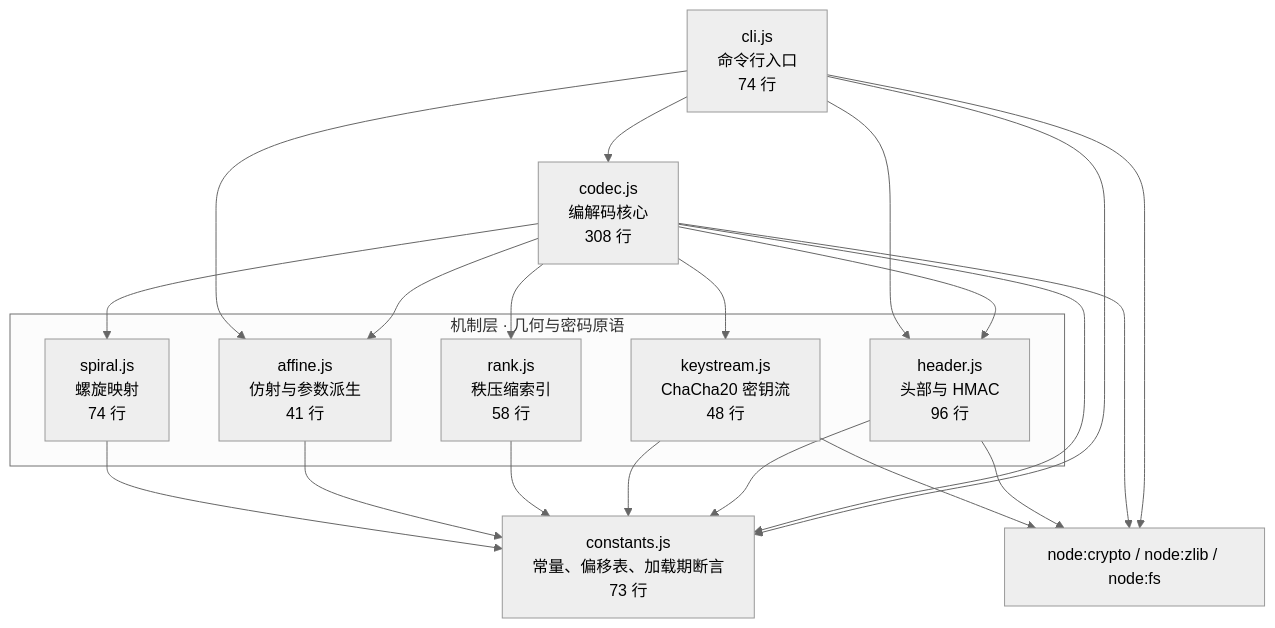
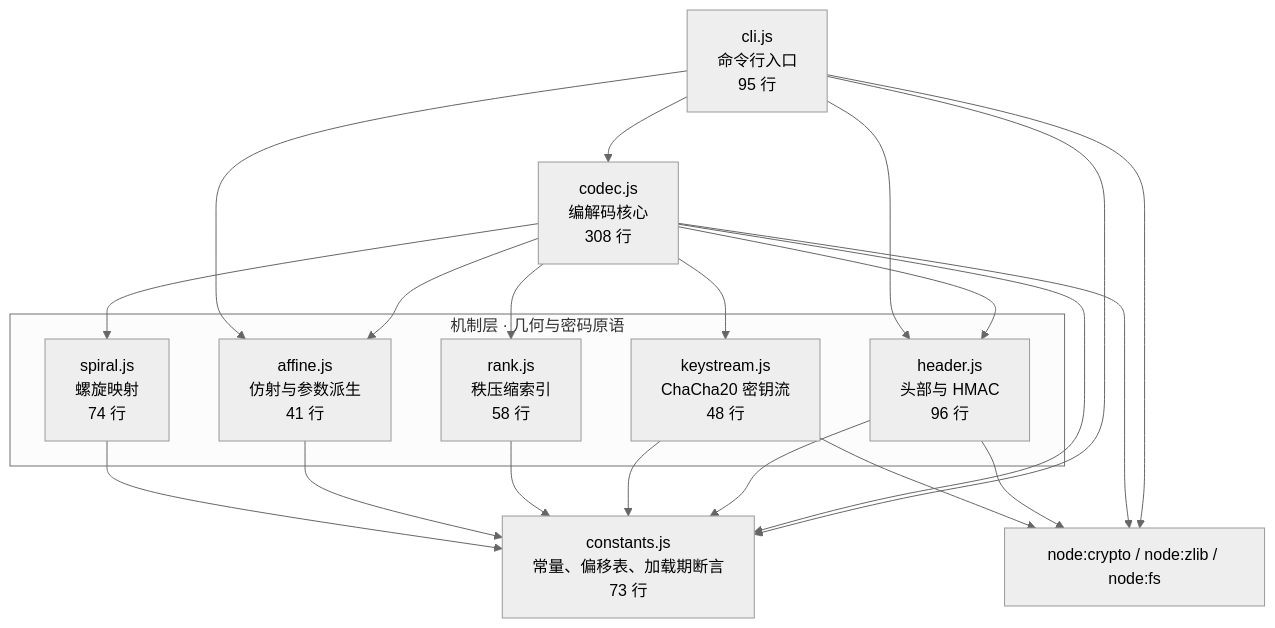
One commit to MagicFollower/GoodGoodSingleHtml changed the first of 9 diagrams in 比特3维化/node/README.md. Above: the diagram before and after it, drawn with Mermaid (neutral theme). The commit also changed other lines of this file and 2 other files, not shown here.

````diff
--- a/比特3维化/node/README.md
+++ b/比特3维化/node/README.md
@@ -456,34 +467,34 @@
 ```mermaid
 flowchart TD
-  CLI["cli.js<br/>命令行入口<br/>74 行"]
+  CLI["cli.js<br/>命令行入口<br/>95 行"]
   CODEC["codec.js<br/>编解码核心<br/>308 行"]
   subgraph PRIM["机制层 · 几何与密码原语"]
     SPIRAL["spiral.js<br/>螺旋映射<br/>74 行"]
     AFFINE["affine.js<br/>仿射与参数派生<br/>41 行"]
     RANK["rank.js<br/>秩压缩索引<br/>58 行"]
     KS["keystream.js<br/>ChaCha20 密钥流<br/>48 行"]
     HDR["header.js<br/>头部与 HMAC<br/>96 行"]
   end
   CONST["constants.js<br/>常量、偏移表、加载期断言<br/>73 行"]
   NODEAPI["node:crypto / node:zlib / node:fs"]
 
   CLI --> CODEC
   CLI --> HDR
   CLI --> AFFINE
   CODEC --> SPIRAL
   CODEC --> AFFINE
   CODEC --> RANK
   CODEC --> KS
   CODEC --> HDR
   SPIRAL --> CONST
   AFFINE --> CONST
   RANK --> CONST
   KS --> CONST
   HDR --> CONST
   CODEC --> CONST
   CLI --> CONST
   KS --> NODEAPI
   HDR --> NODEAPI
   CODEC --> NODEAPI
   CLI --> NODEAPI
 ```
````
